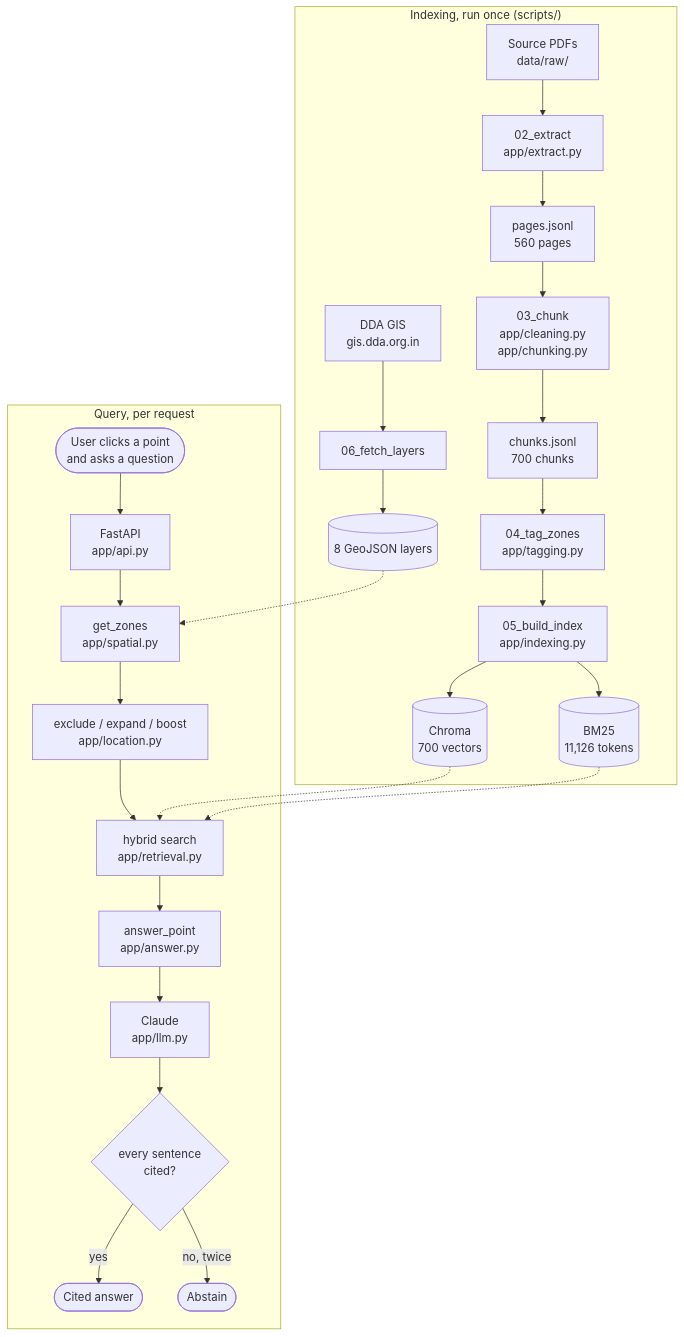
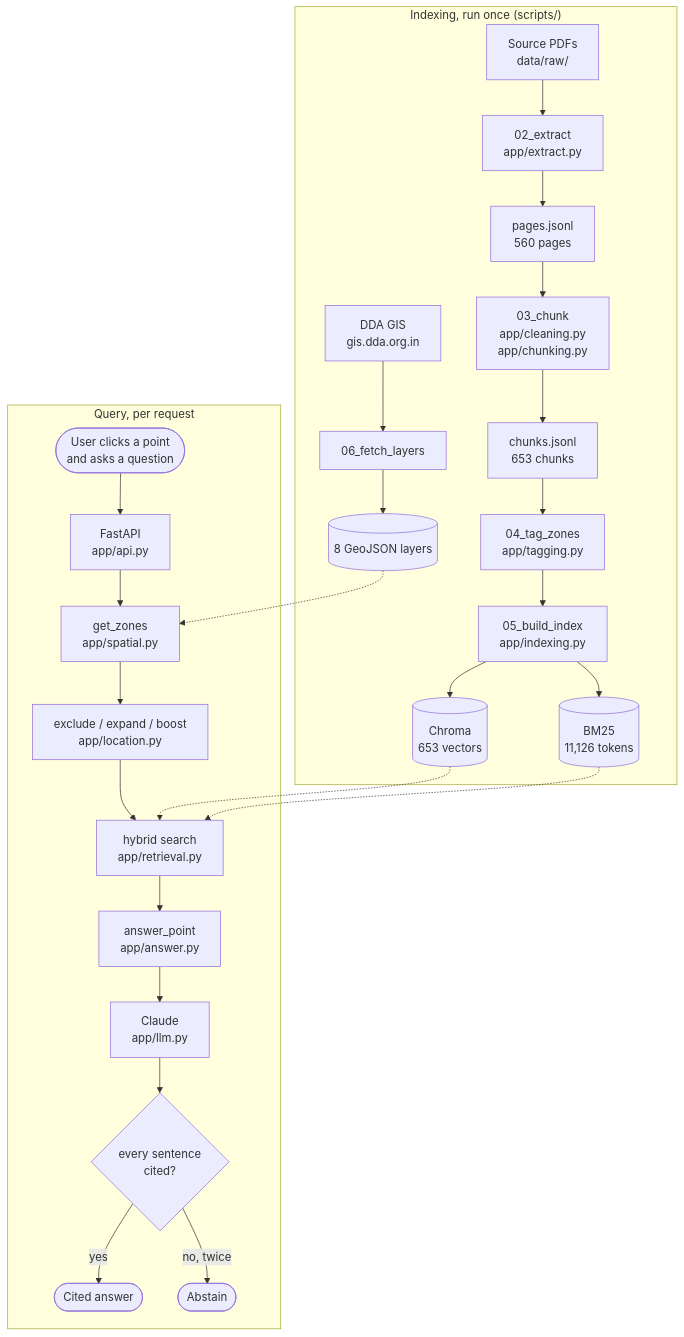
One commit to dhruv-ship-it/delhi-plan-rag changed the diagram in README.md. Above: the diagram before and after it, drawn with Mermaid. The commit also changed other lines of this file and 11 other files, not shown here.

````diff
--- a/README.md
+++ b/README.md
@@ -73,30 +73,30 @@
 ```mermaid
 flowchart TB
     subgraph Indexing["Indexing, run once (scripts/)"]
         PDF["Source PDFs<br/>data/raw/"] --> EX["02_extract<br/>app/extract.py"]
         EX --> PAGES["pages.jsonl<br/>560 pages"]
         PAGES --> CH["03_chunk<br/>app/cleaning.py<br/>app/chunking.py"]
-        CH --> CHUNKS["chunks.jsonl<br/>700 chunks"]
+        CH --> CHUNKS["chunks.jsonl<br/>653 chunks"]
         CHUNKS --> TAG["04_tag_zones<br/>app/tagging.py"]
         TAG --> IDX["05_build_index<br/>app/indexing.py"]
-        IDX --> CHROMA[("Chroma<br/>700 vectors")]
+        IDX --> CHROMA[("Chroma<br/>653 vectors")]
         IDX --> BM25[("BM25<br/>11,126 tokens")]
         GIS["DDA GIS<br/>gis.dda.org.in"] --> FETCH["06_fetch_layers"]
         FETCH --> LAYERS[("8 GeoJSON layers")]
     end
 
     subgraph Query["Query, per request"]
         USER(["User clicks a point<br/>and asks a question"]) --> API["FastAPI<br/>app/api.py"]
         API --> SPAT["get_zones<br/>app/spatial.py"]
         LAYERS -.-> SPAT
         SPAT --> LOC["exclude / expand / boost<br/>app/location.py"]
         LOC --> RET["hybrid search<br/>app/retrieval.py"]
         CHROMA -.-> RET
         BM25 -.-> RET
         RET --> ANS["answer_point<br/>app/answer.py"]
         ANS --> LLM["Claude<br/>app/llm.py"]
         LLM --> VAL{"every sentence<br/>cited?"}
         VAL -->|yes| OUT(["Cited answer"])
         VAL -->|"no, twice"| ABS(["Abstain"])
     end
 ```
````
